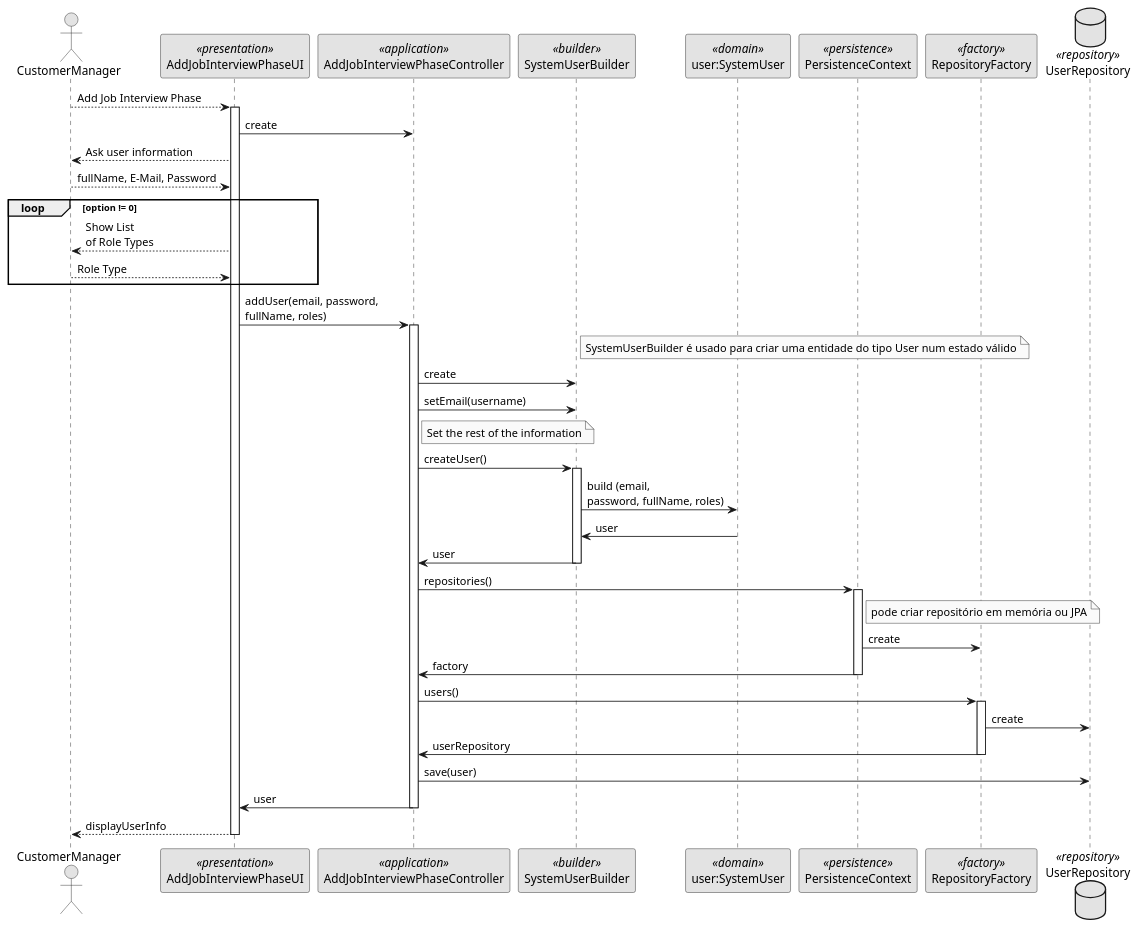
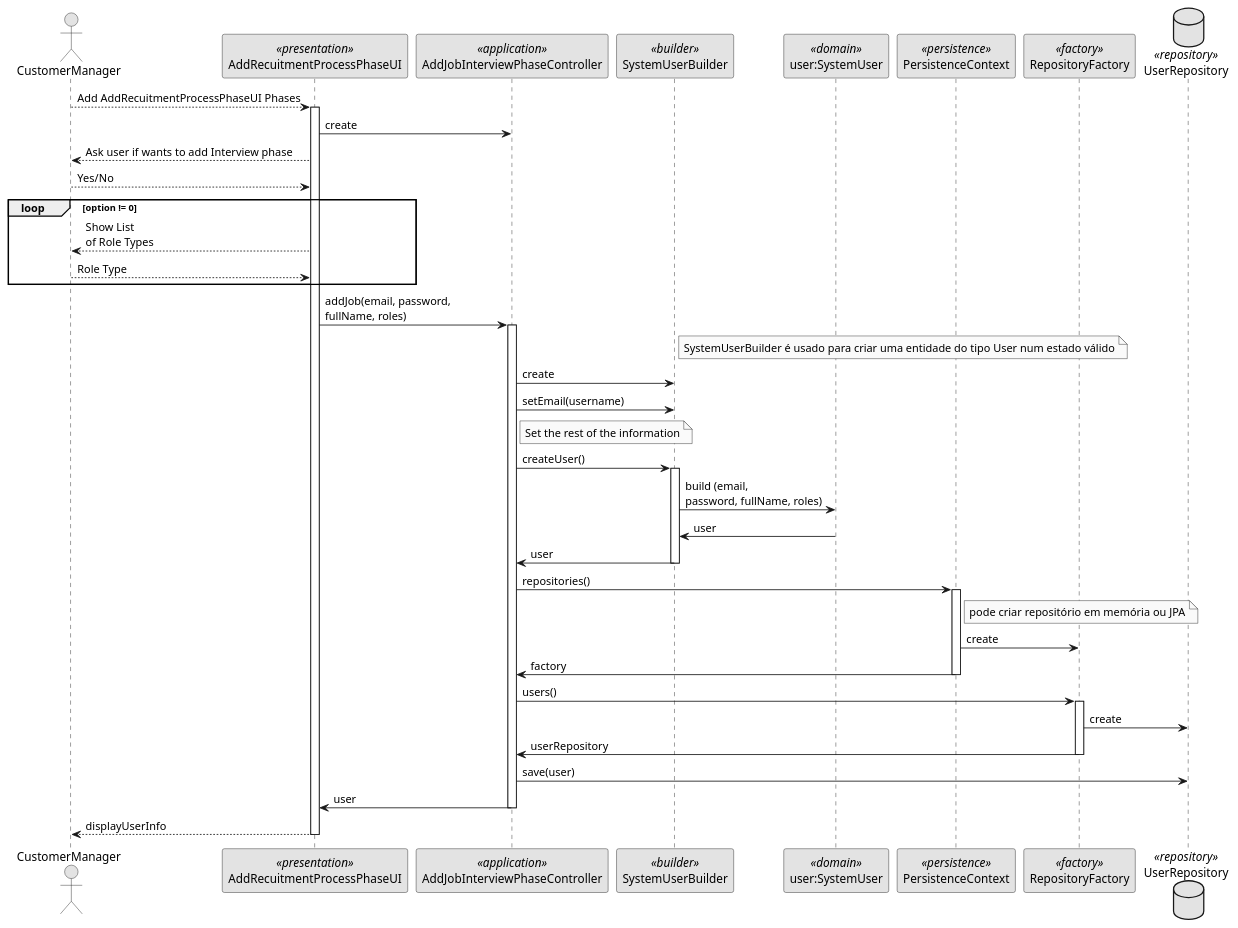
Before and after one commit to JoelBrunoFerreira/isep-lapr4: the diagram in docs/US_Sprint_B/US1007-SetupPhases/SD - Setup Phases.puml, drawn with PlantUML.

Commit message:
Sprint B - US1007 SD Update

```diff
--- a/docs/US_Sprint_B/US1007-SetupPhases/SD - Setup Phases.puml
+++ b/docs/US_Sprint_B/US1007-SetupPhases/SD - Setup Phases.puml
@@ -1,69 +1,69 @@
 @startuml
 'http://plantuml.com/skinparam.html
 skinparam handwritten false
 skinparam monochrome true
 skinparam packageStyle rect
 skinparam defaultFontName FG Virgil
 skinparam shadowing false
 
 actor CustomerManager as Actor
-participant AddJobInterviewPhaseUI as UI <<presentation>>
+participant AddRecuitmentProcessPhaseUI as UI <<presentation>>
 participant AddJobInterviewPhaseController as Controller <<application>>
 participant SystemUserBuilder as Builder <<builder>>
 participant "user:SystemUser" as Domain <<domain>>
 participant PersistenceContext as Persistence <<persistence>>
 participant RepositoryFactory as Factory <<factory>>
 database UserRepository as Repository <<repository>>
 
-Actor --> UI: Add Job Interview Phase
+Actor --> UI: Add AddRecuitmentProcessPhaseUI Phases
 activate UI
     UI -> Controller: create
-    UI --> Actor: Ask user information
-    Actor --> UI: fullName, E-Mail, Password
+    UI --> Actor: Ask user if wants to add Interview phase
+    Actor --> UI: Yes/No
 
     loop option != 0
         UI --> Actor: Show List\nof Role Types
         Actor --> UI: Role Type
     end
 
-    UI -> Controller: addUser(email, password, \nfullName, roles)
+    UI -> Controller: addJob(email, password, \nfullName, roles)
     activate Controller
         note right of Builder:SystemUserBuilder é usado para criar uma entidade do tipo User num estado válido
         Controller -> Builder: create
         Controller -> Builder:setEmail(username)
 
         note right of Controller: Set the rest of the information
 
         'Controller -> Builder:setPassword(password)
         'Controller -> Builder:setFirstName(firstName)
         'Controller -> Builder:setLastName(lastName)
         'Controller -> Builder:setEmail(email)
         'Controller -> Builder:setRoles(roles)
 
         Controller -> Builder:createUser()
         activate Builder
             Builder -> Domain: build (email,\npassword, fullName, roles)
             Domain->Builder: user
             Builder -> Controller:user
         deactivate Builder
 
         Controller -> Persistence: repositories()
         activate Persistence
             note right of Persistence: pode criar repositório em memória ou JPA
             Persistence -> Factory: create
             Persistence -> Controller: factory
         deactivate Persistence
 
         Controller -> Factory: users()
         activate Factory
             Factory -> Repository: create
             Factory -> Controller: userRepository
         deactivate Factory
 
         Controller->Repository:save(user)
         Controller->UI: user
     deactivate Controller
 
         UI-->Actor: displayUserInfo
 deactivate UI
 @enduml
```
